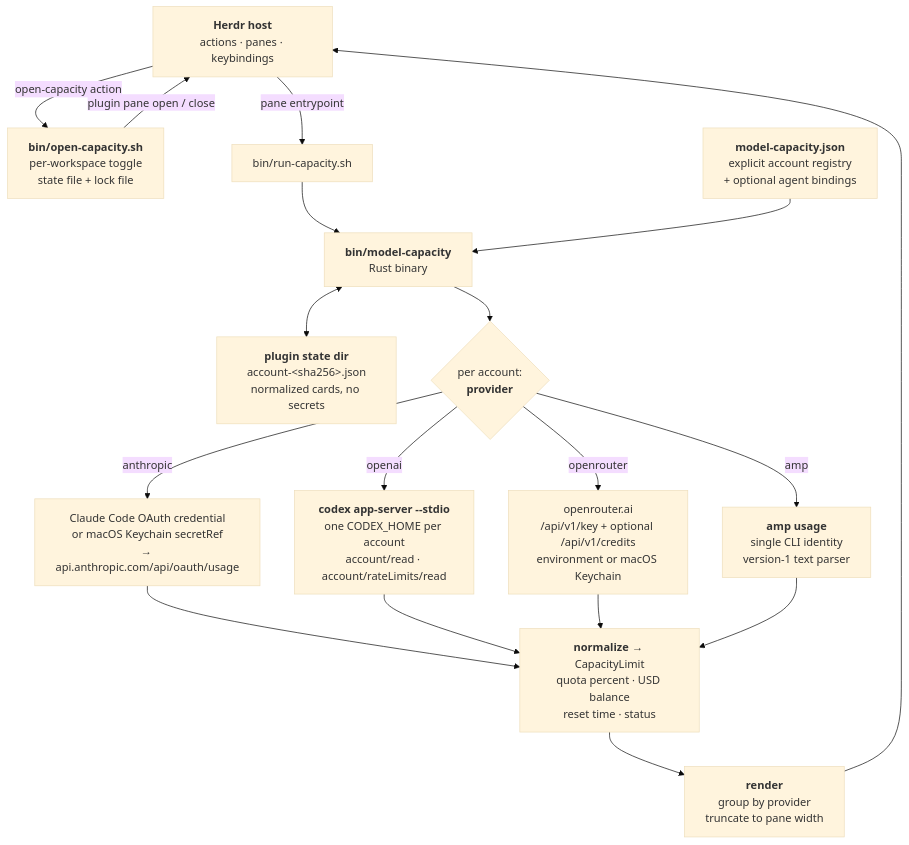
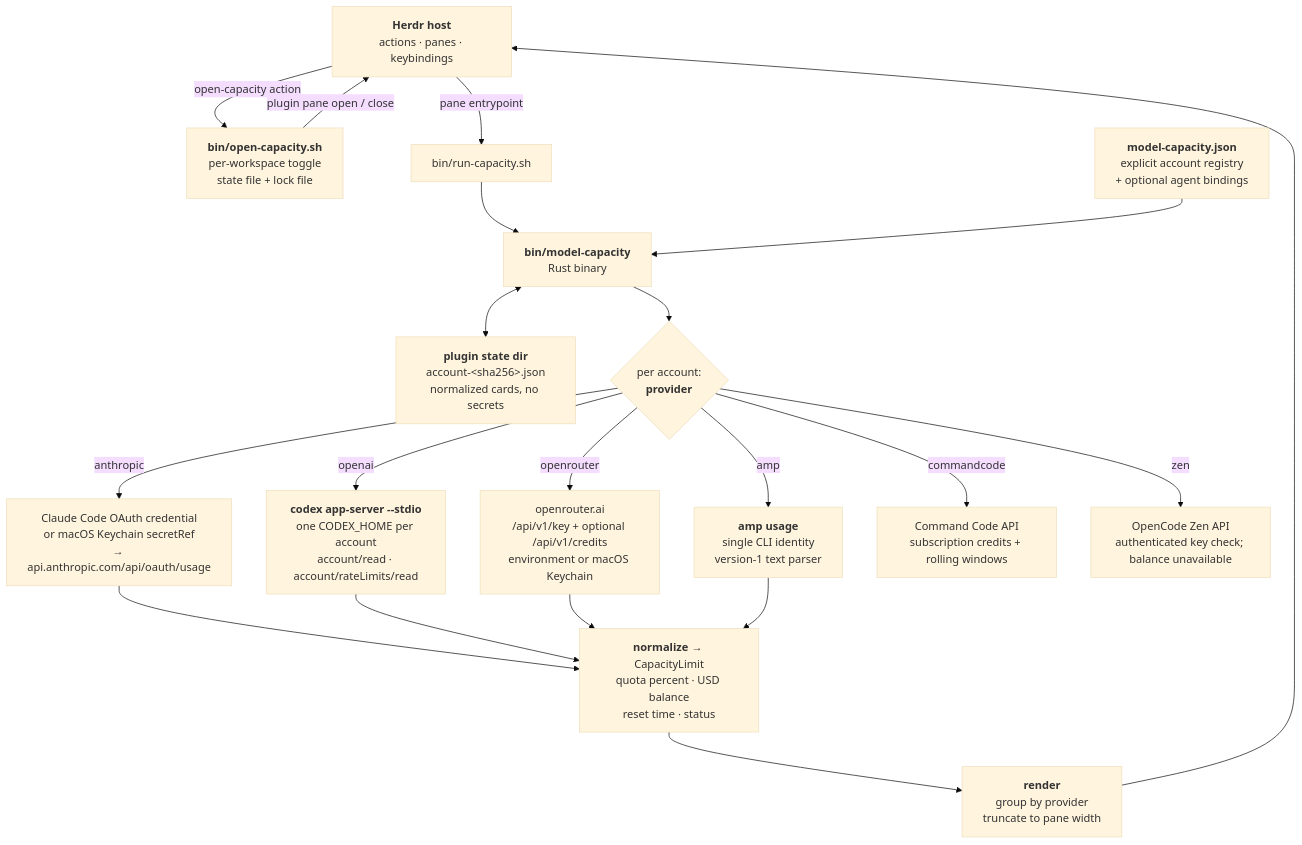
The first of 2 diagrams in README.md (shrivatsas/herdr-model-capacity), drawn with Mermaid (base theme) before and after one commit. The commit also changed other lines of this file and 2 other files, not shown here.

First line of the commit message:
Add Command Code and OpenCode Zen capacity providers (#25)

````diff
--- a/README.md
+++ b/README.md
@@ -33,26 +33,28 @@
 ```mermaid
 flowchart TD
     A["<b>Herdr host</b><br/>actions · panes · keybindings"]
 
     A -->|"open-capacity action"| B["<b>bin/open-capacity.sh</b><br/>per-workspace toggle<br/>state file + lock file"]
     B -->|"plugin pane open / close"| A
     A -->|"pane entrypoint"| C["bin/run-capacity.sh"]
     C --> D["<b>bin/model-capacity</b><br/>Rust binary"]
 
     R["<b>model-capacity.json</b><br/>explicit account registry<br/>+ optional agent bindings"] --> D
     D <--> S["<b>plugin state dir</b><br/>account-&lt;sha256&gt;.json<br/>normalized cards, no secrets"]
 
     D --> E{"per account:<br/><b>provider</b>"}
     E -->|anthropic| F["Claude Code OAuth credential<br/>or macOS Keychain secretRef<br/>→ api.anthropic.com/api/oauth/usage"]
     E -->|openai| G["<b>codex app-server --stdio</b><br/>one CODEX_HOME per account<br/>account/read · account/rateLimits/read"]
     E -->|openrouter| H["openrouter.ai<br/>/api/v1/key + optional /api/v1/credits<br/>environment or macOS Keychain"]
     E -->|amp| I["<b>amp usage</b><br/>single CLI identity<br/>version-1 text parser"]
+    E -->|commandcode| L["Command Code API<br/>subscription credits + rolling windows"]
+    E -->|zen| M["OpenCode Zen API<br/>authenticated key check; balance unavailable"]
 
     F --> J
     G --> J
     H --> J
     I --> J["<b>normalize</b> → CapacityLimit<br/>quota percent · USD balance<br/>reset time · status"]
 
     J --> K["<b>render</b><br/>group by provider<br/>truncate to pane width"]
     K --> A
 ```
````
